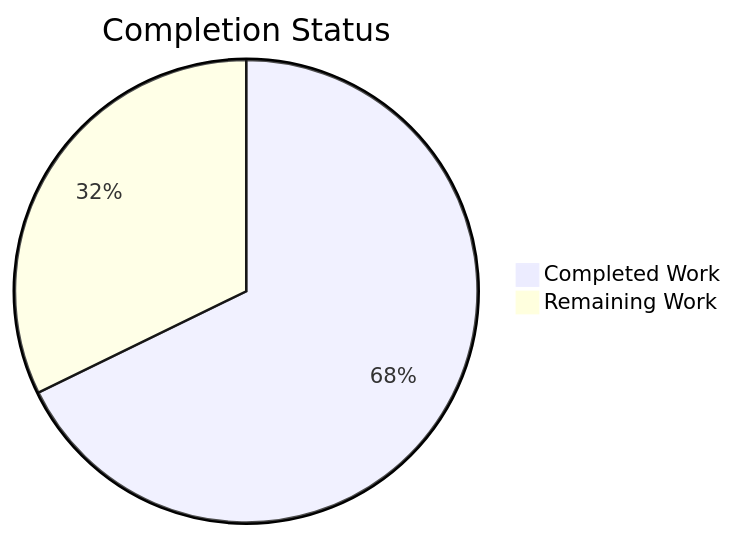
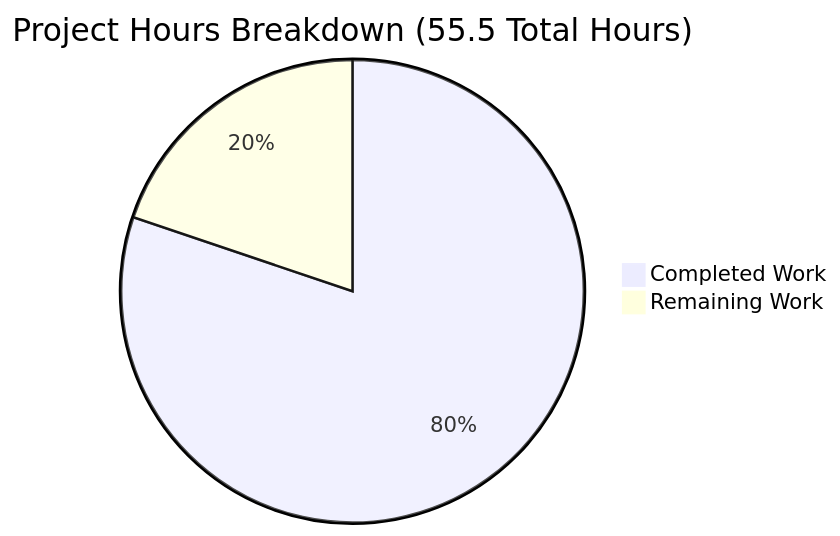
One commit to lakshya-blitzy/hello_world_Oct_2025 changed the diagram in blitzy/documentation/Project Guide.md. Above: the diagram before and after it, drawn with Mermaid. The commit also changed other lines of this file, not shown here.

Commit message:
Adding Blitzy Project Guide: Project Status and Human Tasks Remaining

````diff
--- a/blitzy/documentation/Project Guide.md
+++ b/blitzy/documentation/Project Guide.md
@@ -149,5 +59,5 @@
 ```mermaid
-pie title Completion Status
-    "Completed Work" : 30.5
-    "Remaining Work" : 14.5
+pie title Project Hours Breakdown (55.5 Total Hours)
+    "Completed Work" : 44.5
+    "Remaining Work" : 11
 ```
````
